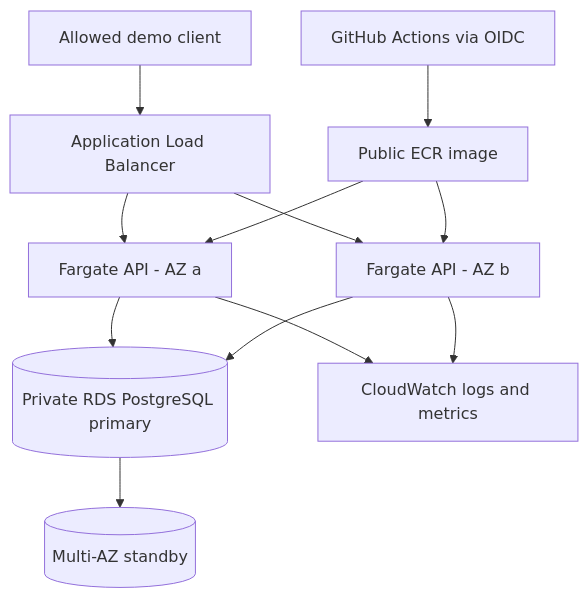
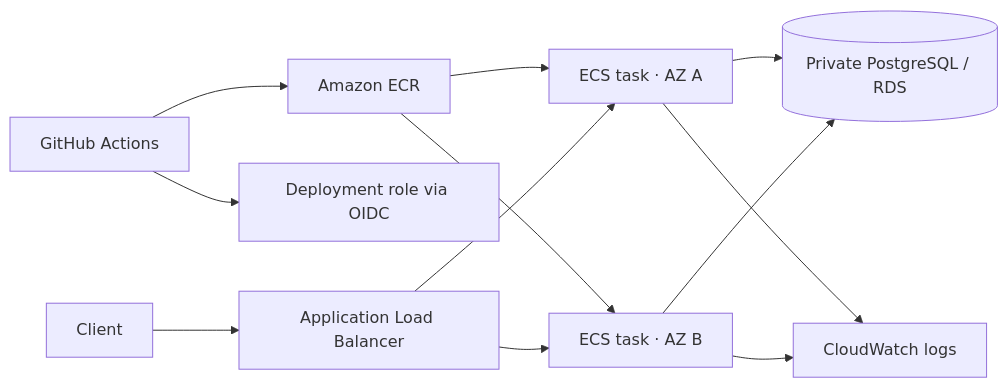
One commit to rishdhingra/cloudlift changed the second of 2 diagrams in README.md. Above: the diagram before and after it, drawn with Mermaid. The commit also changed other lines of this file, not shown here.

Commit message:
Improve CloudLift README

````diff
--- a/README.md
+++ b/README.md
@@ -11,14 +84,14 @@
 ```mermaid
-flowchart TD
-    Client[Allowed demo client] --> ALB[Application Load Balancer]
-    ALB --> A[Fargate API - AZ a]
-    ALB --> B[Fargate API - AZ b]
-    A --> DB[(Private RDS PostgreSQL primary)]
-    B --> DB
-    DB --> Standby[(Multi-AZ standby)]
-    GitHub[GitHub Actions via OIDC] --> ECR[Public ECR image]
-    ECR --> A
-    ECR --> B
-    A --> CW[CloudWatch logs and metrics]
-    B --> CW
+flowchart LR
+    Developer[GitHub Actions] --> ECR[Amazon ECR]
+    Developer --> Deploy[Deployment role via OIDC]
+    ECR --> ECSA[ECS task · AZ A]
+    ECR --> ECSB[ECS task · AZ B]
+    Client[Client] --> ALB[Application Load Balancer]
+    ALB --> ECSA
+    ALB --> ECSB
+    ECSA --> RDS[(Private PostgreSQL / RDS)]
+    ECSB --> RDS
+    ECSA --> CW[CloudWatch logs]
+    ECSB --> CW
 ```
````
